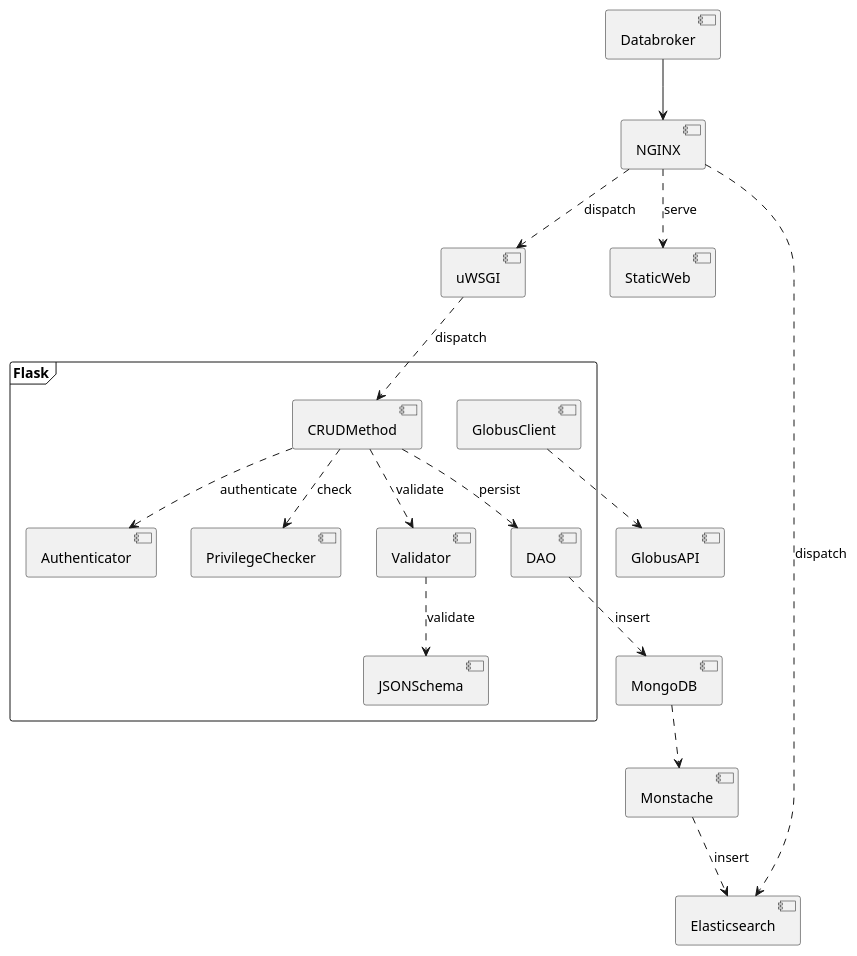
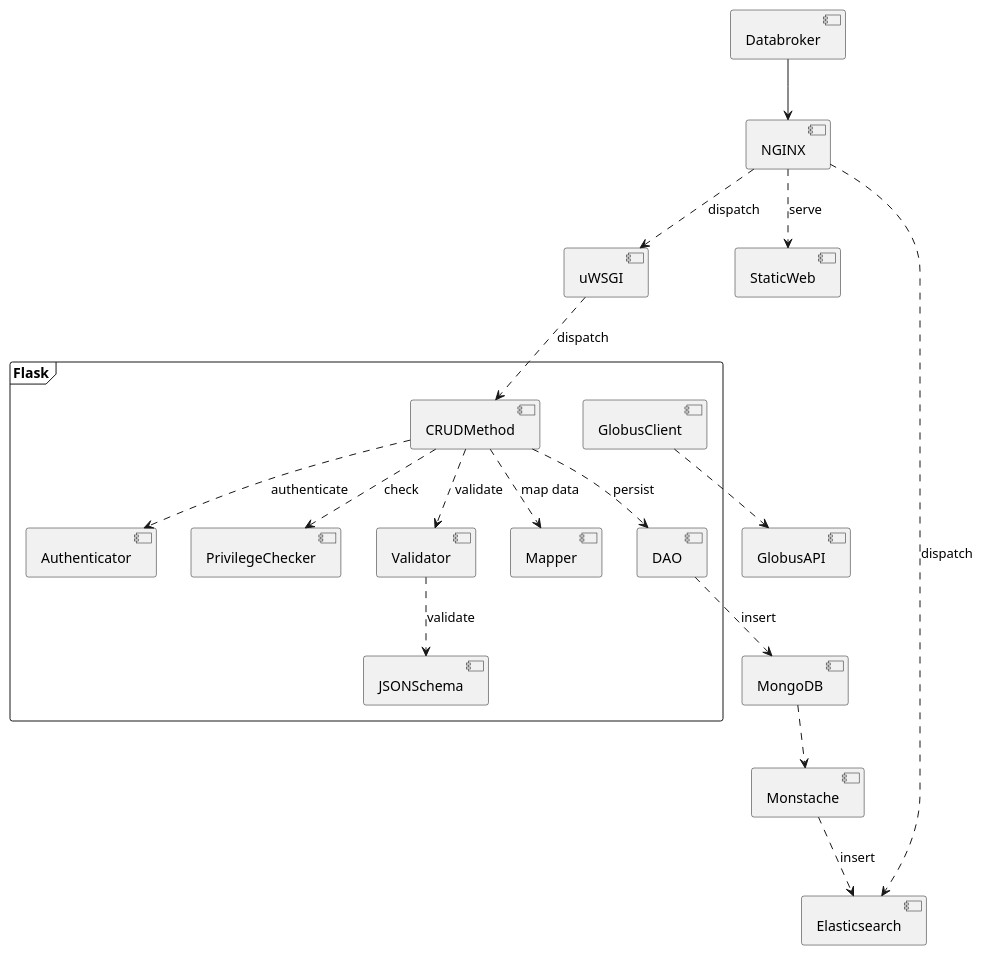
The first of 2 diagrams in diagrams/components.puml (thefearlesscoder/splash-doc), drawn with PlantUML before and after one commit.

Commit message:
Added Mapper class to diagram

```diff
--- a/diagrams/components.puml
+++ b/diagrams/components.puml
@@ -1,23 +1,24 @@
 @startuml Splash_Components
 skinparam componentStyle uml2
 
 frame "Flask"{
     [CRUDMethod] ..> [Authenticator]: authenticate
     [CRUDMethod] ..> [PrivilegeChecker] :check
     [CRUDMethod] ..> [Validator]: validate
+    [CRUDMethod] ..> [Mapper]: map data
     [Validator] ..> [JSONSchema]: validate
     [CRUDMethod] ..> [DAO]: persist
-
+    
     [GlobusClient] 
 }
 [GlobusClient] ..> [GlobusAPI]
 [Databroker] --> [NGINX]
 [NGINX] ..> [uWSGI]: dispatch
 [NGINX] ..> [StaticWeb]: serve
 [uWSGI] ..> [CRUDMethod] : dispatch
 [DAO] ..> [MongoDB] : insert
 [MongoDB] ..> [Monstache]
 [Monstache] ..> [Elasticsearch] : insert
 [NGINX] ..> [Elasticsearch]: dispatch
 
 @enduml
```
